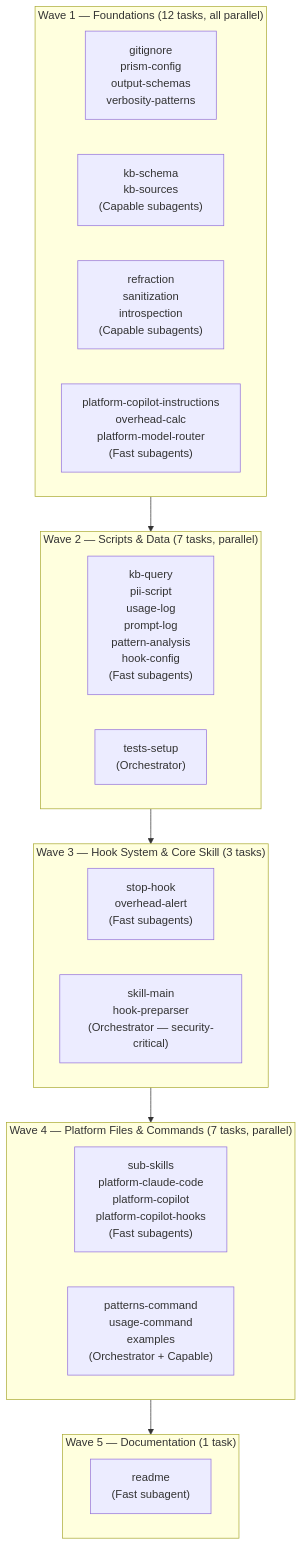
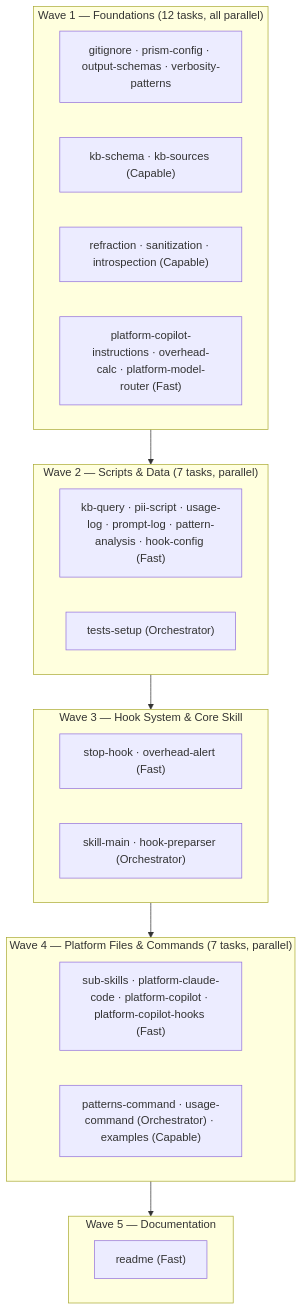
The first of 6 diagrams in PLAN.md (CraigHutchinson/PrismLLM), drawn with Mermaid before and after one commit. The commit also changed other lines of this file, not shown here.

````diff
--- a/PLAN.md
+++ b/PLAN.md
@@ -155,30 +155,30 @@
 ```mermaid
 flowchart TD
     subgraph wave1 ["Wave 1 — Foundations (12 tasks, all parallel)"]
-        W1A["gitignore\nprism-config\noutput-schemas\nverbosity-patterns"]
-        W1B["kb-schema\nkb-sources\n(Capable subagents)"]
-        W1C["refraction\nsanitization\nintrospection\n(Capable subagents)"]
-        W1D["platform-copilot-instructions\noverhead-calc\nplatform-model-router\n(Fast subagents)"]
+        W1A["gitignore · prism-config · output-schemas · verbosity-patterns"]
+        W1B["kb-schema · kb-sources (Capable)"]
+        W1C["refraction · sanitization · introspection (Capable)"]
+        W1D["platform-copilot-instructions · overhead-calc · platform-model-router (Fast)"]
     end
 
     subgraph wave2 ["Wave 2 — Scripts & Data (7 tasks, parallel)"]
-        W2A["kb-query\npii-script\nusage-log\nprompt-log\npattern-analysis\nhook-config\n(Fast subagents)"]
-        W2B["tests-setup\n(Orchestrator)"]
+        W2A["kb-query · pii-script · usage-log · prompt-log · pattern-analysis · hook-config (Fast)"]
+        W2B["tests-setup (Orchestrator)"]
     end
 
-    subgraph wave3 ["Wave 3 — Hook System & Core Skill (3 tasks)"]
-        W3A["stop-hook\noverhead-alert\n(Fast subagents)"]
-        W3B["skill-main\nhook-preparser\n(Orchestrator — security-critical)"]
+    subgraph wave3 ["Wave 3 — Hook System & Core Skill"]
+        W3A["stop-hook · overhead-alert (Fast)"]
+        W3B["skill-main · hook-preparser (Orchestrator)"]
     end
 
     subgraph wave4 ["Wave 4 — Platform Files & Commands (7 tasks, parallel)"]
-        W4A["sub-skills\nplatform-claude-code\nplatform-copilot\nplatform-copilot-hooks\n(Fast subagents)"]
-        W4B["patterns-command\nusage-command\nexamples\n(Orchestrator + Capable)"]
+        W4A["sub-skills · platform-claude-code · platform-copilot · platform-copilot-hooks (Fast)"]
+        W4B["patterns-command · usage-command (Orchestrator) · examples (Capable)"]
     end
 
-    subgraph wave5 ["Wave 5 — Documentation (1 task)"]
-        W5["readme\n(Fast subagent)"]
+    subgraph wave5 ["Wave 5 — Documentation"]
+        W5["readme (Fast)"]
     end
 
     wave1 --> wave2 --> wave3 --> wave4 --> wave5
 ```
````
